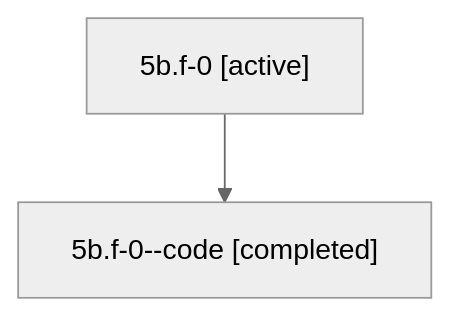
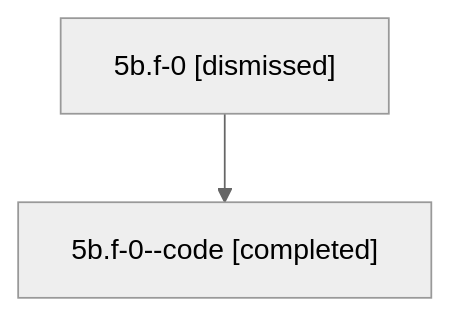
Before and after one commit to sase-org/sase--agents: the diagram in sessions/bbugyi200.athena.5b.f-0.md, drawn with Mermaid (neutral theme). The commit also changed other lines of this file and 32 other files, not shown here.

````diff
--- a/sessions/bbugyi200.athena.5b.f-0.md
+++ b/sessions/bbugyi200.athena.5b.f-0.md
@@ -9,6 +9,6 @@
 ```mermaid
 flowchart TD
-  n0["5b.f-0 [active]"]
+  n0["5b.f-0 [dismissed]"]
   n1["5b.f-0--code [completed]"]
   n0 --> n1
 ```
````
